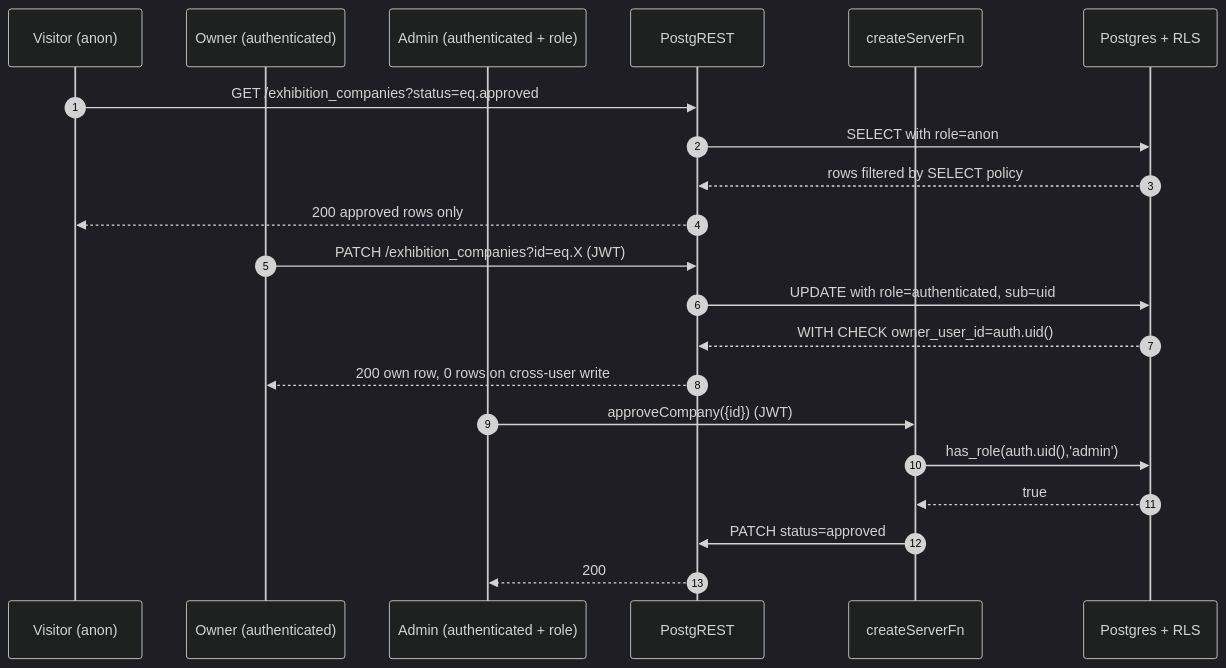
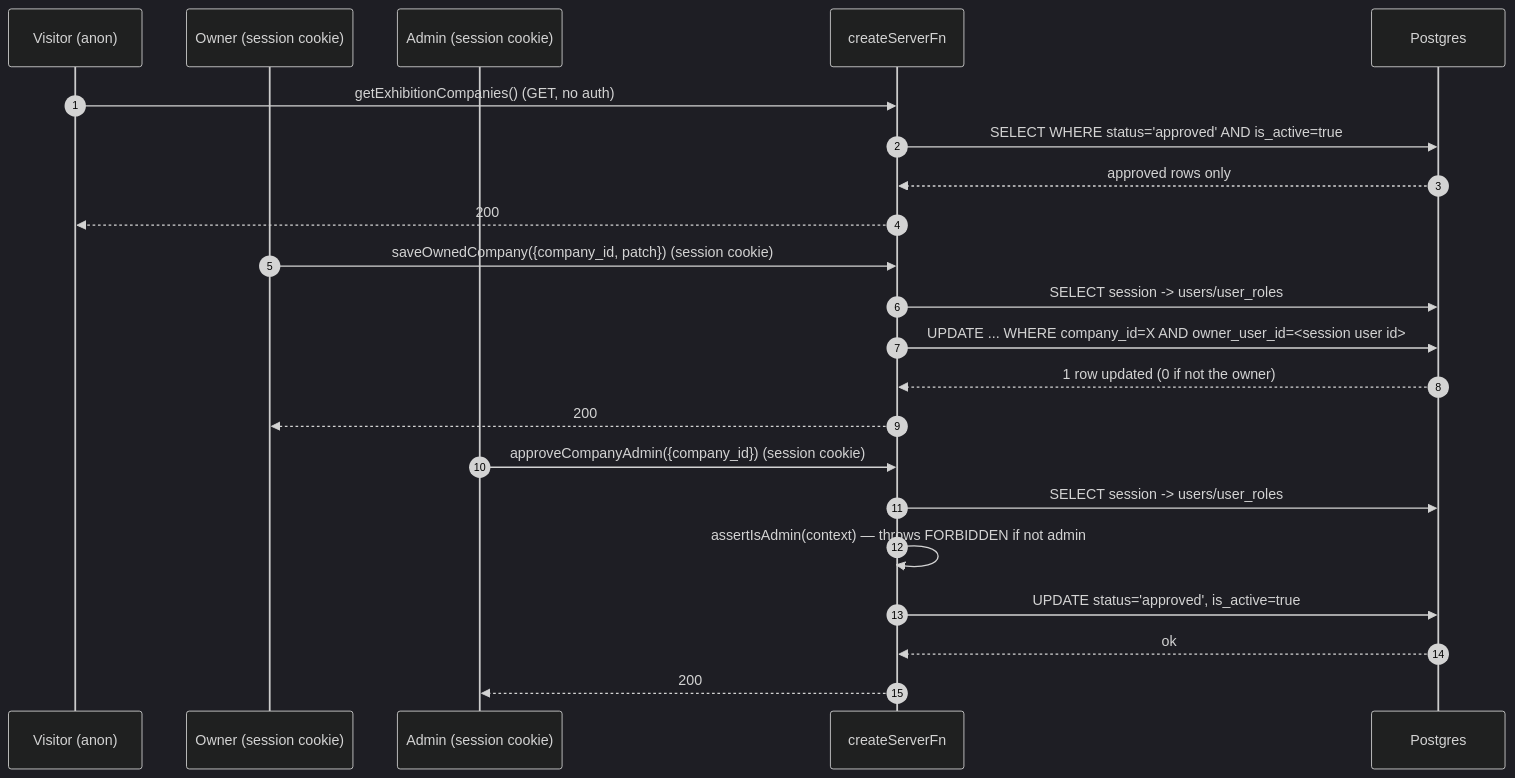
Before and after one commit to daneshavaran2/parkfava: the second of 10 diagrams in README.md, drawn with Mermaid (dark theme). The commit also changed other lines of this file and 2 other files, not shown here.

````diff
--- a/README.md
+++ b/README.md
@@ -181,26 +206,27 @@
 ```mermaid
 sequenceDiagram
   autonumber
   participant V as Visitor (anon)
-  participant O as Owner (authenticated)
-  participant A as Admin (authenticated + role)
-  participant PR as PostgREST
+  participant O as Owner (session cookie)
+  participant A as Admin (session cookie)
   participant FN as createServerFn
-  participant DB as Postgres + RLS
+  participant DB as Postgres
 
-  V->>PR: GET /exhibition_companies?status=eq.approved
-  PR->>DB: SELECT with role=anon
-  DB-->>PR: rows filtered by SELECT policy
-  PR-->>V: 200 approved rows only
+  V->>FN: getExhibitionCompanies() (GET, no auth)
+  FN->>DB: SELECT WHERE status='approved' AND is_active=true
+  DB-->>FN: approved rows only
+  FN-->>V: 200
 
-  O->>PR: PATCH /exhibition_companies?id=eq.X  (JWT)
-  PR->>DB: UPDATE with role=authenticated, sub=uid
-  DB-->>PR: WITH CHECK owner_user_id=auth.uid()
-  PR-->>O: 200 own row, 0 rows on cross-user write
+  O->>FN: saveOwnedCompany({company_id, patch}) (session cookie)
+  FN->>DB: SELECT session -> users/user_roles
+  FN->>DB: UPDATE ... WHERE company_id=X AND owner_user_id=<session user id>
+  DB-->>FN: 1 row updated (0 if not the owner)
+  FN-->>O: 200
 
-  A->>FN: approveCompany({id})  (JWT)
-  FN->>DB: has_role(auth.uid(),'admin')
-  DB-->>FN: true
-  FN->>PR: PATCH status=approved
-  PR-->>A: 200
+  A->>FN: approveCompanyAdmin({company_id}) (session cookie)
+  FN->>DB: SELECT session -> users/user_roles
+  FN->>FN: assertIsAdmin(context) — throws FORBIDDEN if not admin
+  FN->>DB: UPDATE status='approved', is_active=true
+  DB-->>FN: ok
+  FN-->>A: 200
 ```
````
